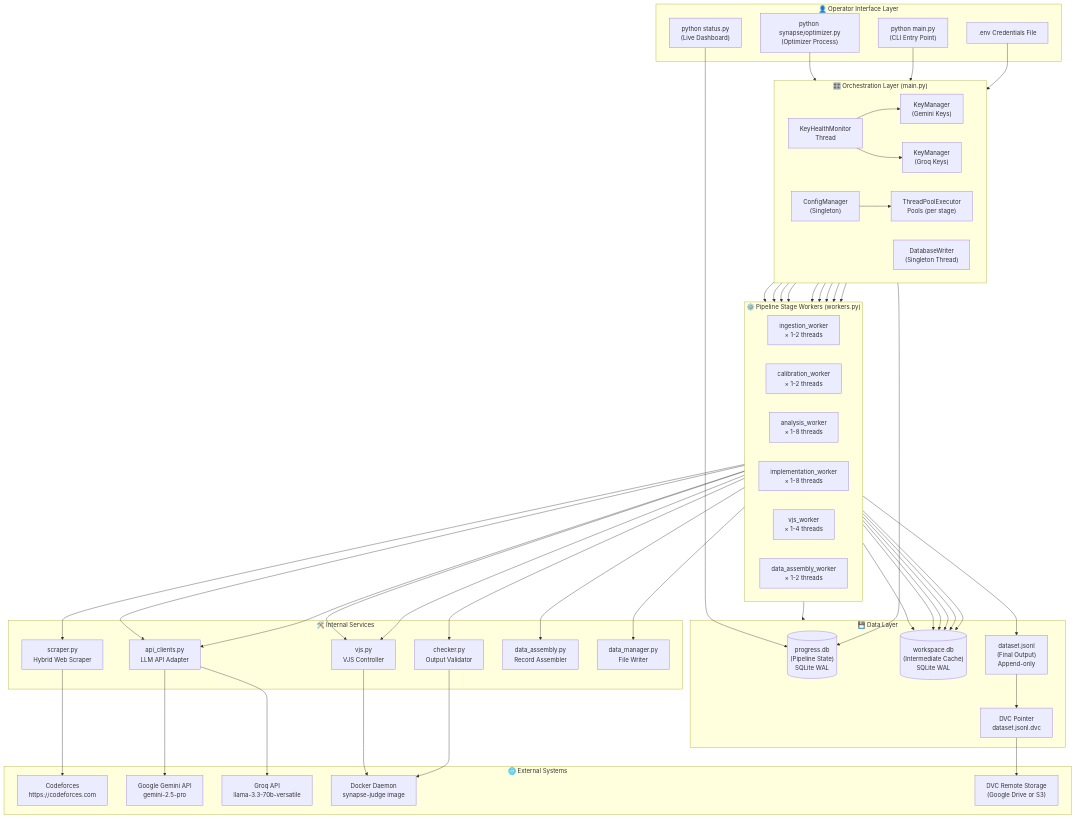
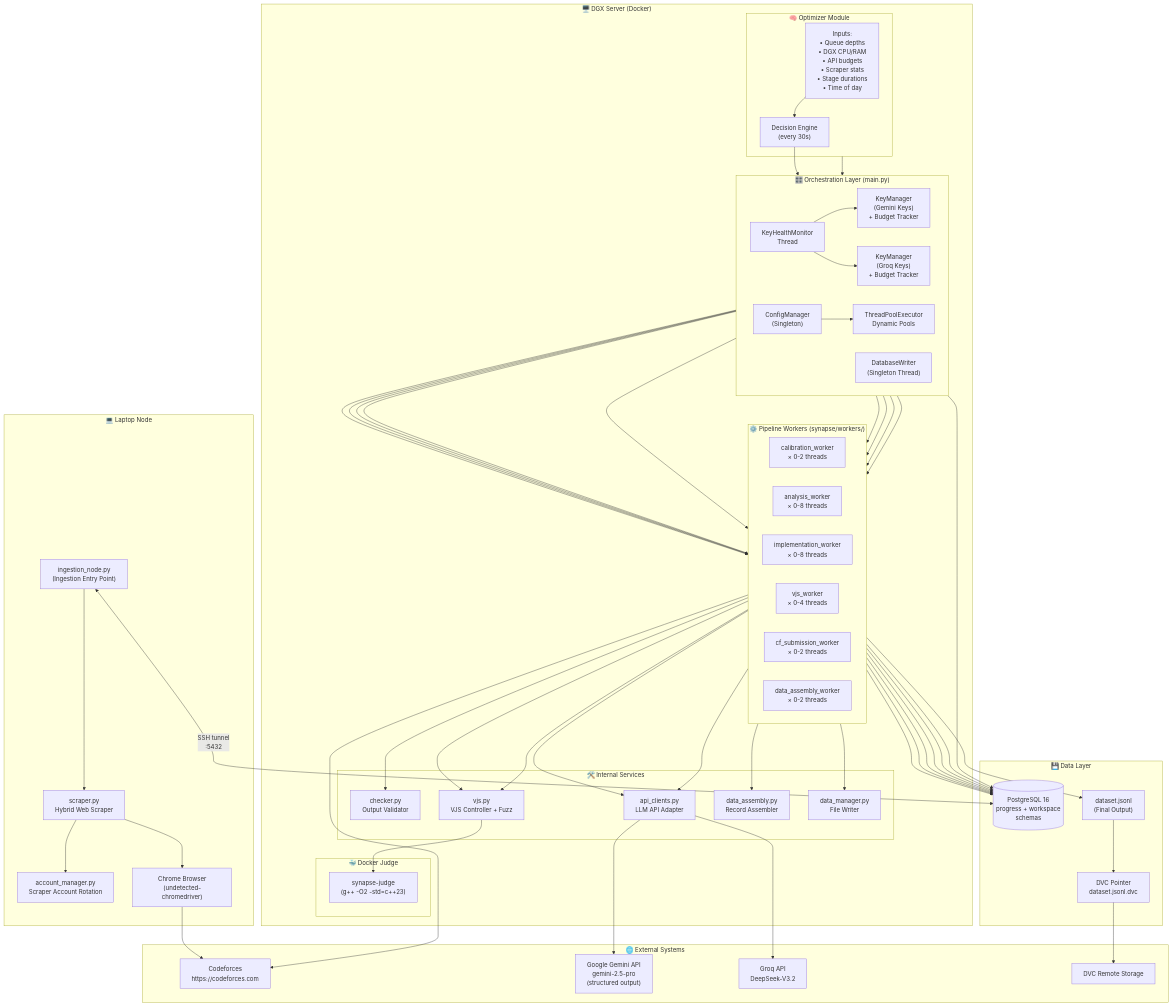
Before and after one commit to Axe-08/Synapse: the first of 3 diagrams in Documents/Diagrams/Mermaid/06_Architecture.md, drawn with Mermaid. The commit also changed other lines of this file and 17 other files, not shown here.

First line of the commit message:
docs: v2 architecture — SRS v2, TestPlan, diagrams, Architecture overview

````diff
--- a/Documents/Diagrams/Mermaid/06_Architecture.md
+++ b/Documents/Diagrams/Mermaid/06_Architecture.md
@@ -7,60 +7,64 @@
 ```mermaid
 graph TB
     %% =====================
-    %% OPERATOR LAYER
+    %% LAPTOP NODE
     %% =====================
-    subgraph OPERATOR_LAYER["👤 Operator Interface Layer"]
-        ENV[".env Credentials File"]
-        CLI_MAIN["python main.py\n(CLI Entry Point)"]
-        CLI_OPT["python synapse/optimizer.py\n(Optimizer Process)"]
-        CLI_STATUS["python status.py\n(Live Dashboard)"]
+    subgraph LAPTOP["💻 Laptop Node"]
+        ING_NODE["ingestion_node.py\n(Ingestion Entry Point)"]
+        SCRAPER["scraper.py\nHybrid Web Scraper"]
+        ACCT_MGR["account_manager.py\nScraper Account Rotation"]
+        CHROME["Chrome Browser\n(undetected-chromedriver)"]
     end
 
     %% =====================
-    %% ORCHESTRATION LAYER
+    %% DGX NODE
     %% =====================
-    subgraph ORCH_LAYER["🎛️ Orchestration Layer (main.py)"]
-        direction LR
-        GEMINI_KM["KeyManager\n(Gemini Keys)"]
-        GROQ_KM["KeyManager\n(Groq Keys)"]
-        KHM["KeyHealthMonitor\nThread"]
-        POOLS["ThreadPoolExecutor\nPools (per stage)"]
-        CFG["ConfigManager\n(Singleton)"]
-        DB_WRITER["DatabaseWriter\n(Singleton Thread)"]
-    end
+    subgraph DGX["🖥️ DGX Server (Docker)"]
 
-    %% =====================
-    %% PIPELINE STAGES
-    %% =====================
-    subgraph PIPELINE_LAYER["⚙️ Pipeline Stage Workers (workers.py)"]
-        direction LR
-        W1["ingestion_worker\n× 1-2 threads"]
-        W2["calibration_worker\n× 1-2 threads"]
-        W3["analysis_worker\n× 1-8 threads"]
-        W4["implementation_worker\n× 1-8 threads"]
-        W5["vjs_worker\n× 1-4 threads"]
-        W6["data_assembly_worker\n× 1-2 threads"]
-    end
+        subgraph ORCH_LAYER["🎛️ Orchestration Layer (main.py)"]
+            direction LR
+            GEMINI_KM["KeyManager\n(Gemini Keys)\n+ Budget Tracker"]
+            GROQ_KM["KeyManager\n(Groq Keys)\n+ Budget Tracker"]
+            KHM["KeyHealthMonitor\nThread"]
+            POOLS["ThreadPoolExecutor\nDynamic Pools"]
+            CFG["ConfigManager\n(Singleton)"]
+            DB_WRITER["DatabaseWriter\n(Singleton Thread)"]
+        end
 
-    %% =====================
-    %% SERVICES LAYER
-    %% =====================
-    subgraph SERVICES_LAYER["🛠️ Internal Services"]
-        SCRAPER["scraper.py\nHybrid Web Scraper"]
-        CHECKER["checker.py\nOutput Validator"]
-        API_CLIENTS["api_clients.py\nLLM API Adapter"]
-        VJS_MOD["vjs.py\nVJS Controller"]
-        DATA_ASM["data_assembly.py\nRecord Assembler"]
-        DATA_MGR["data_manager.py\nFile Writer"]
+        subgraph OPTIMIZER["🧠 Optimizer Module"]
+            OPT_ENGINE["Decision Engine\n(every 30s)"]
+            OPT_INPUTS["Inputs:\n• Queue depths\n• DGX CPU/RAM\n• API budgets\n• Scraper stats\n• Stage durations\n• Time of day"]
+        end
+
+        subgraph PIPELINE_LAYER["⚙️ Pipeline Workers (synapse/workers/)"]
+            direction LR
+            W2["calibration_worker\n× 0-2 threads"]
+            W3["analysis_worker\n× 0-8 threads"]
+            W4["implementation_worker\n× 0-8 threads"]
+            W5["vjs_worker\n× 0-4 threads"]
+            W7["cf_submission_worker\n× 0-2 threads"]
+            W6["data_assembly_worker\n× 0-2 threads"]
+        end
+
+        subgraph SERVICES_LAYER["🛠️ Internal Services"]
+            CHECKER["checker.py\nOutput Validator"]
+            API_CLIENTS["api_clients.py\nLLM API Adapter"]
+            VJS_MOD["vjs.py\nVJS Controller + Fuzz"]
+            DATA_ASM["data_assembly.py\nRecord Assembler"]
+            DATA_MGR["data_manager.py\nFile Writer"]
+        end
+
+        subgraph DOCKER_JUDGE["🐳 Docker Judge"]
+            JUDGE["synapse-judge\n(g++ -O2 -std=c++23)"]
+        end
     end
 
     %% =====================
     %% DATA LAYER
     %% =====================
-    subgraph DATA_LAYER["💾 Data Layer"]
-        PROGRESS_DB[("progress.db\n(Pipeline State)\nSQLite WAL")]
-        WORKSPACE_DB[("workspace.db\n(Intermediate Cache)\nSQLite WAL")]
-        DATASET["dataset.jsonl\n(Final Output)\nAppend-only"]
+    subgraph DATA["💾 Data Layer"]
+        PG[("PostgreSQL 16\nprogress + workspace\nschemas")]
+        DATASET["dataset.jsonl\n(Final Output)"]
         DVC["DVC Pointer\ndataset.jsonl.dvc"]
     end
 
@@ -69,46 +73,43 @@
     %% =====================
     subgraph EXTERNAL["🌐 External Systems"]
         CF["Codeforces\nhttps://codeforces.com"]
-        GEMINI_API["Google Gemini API\ngemini-2.5-pro"]
-        GROQ_API["Groq API\nllama-3.3-70b-versatile"]
-        DOCKER["Docker Daemon\nsynapse-judge image"]
-        DVC_REMOTE["DVC Remote Storage\n(Google Drive or S3)"]
+        GEMINI_API["Google Gemini API\ngemini-2.5-pro\n(structured output)"]
+        GROQ_API["Groq API\nDeepSeek-V3.2"]
+        DVC_REMOTE["DVC Remote Storage"]
     end
 
     %% =====================
     %% CONNECTIONS
     %% =====================
-    CLI_MAIN --> ORCH_LAYER
-    CLI_OPT --> CFG
-    CLI_STATUS --> PROGRESS_DB
+    ING_NODE --> SCRAPER
+    SCRAPER --> ACCT_MGR
+    SCRAPER --> CHROME
+    CHROME --> CF
+    ING_NODE <-->|"SSH tunnel\n:5432"| PG
 
     ORCH_LAYER --> PIPELINE_LAYER
+    OPTIMIZER --> CFG
+    OPT_INPUTS --> OPT_ENGINE
+    OPT_ENGINE --> CFG
+
     GEMINI_KM --> W3
     GROQ_KM --> W4
     KHM --> GEMINI_KM & GROQ_KM
-    POOLS --> W1 & W2 & W3 & W4 & W5 & W6
     CFG --> POOLS
+    POOLS --> W2 & W3 & W4 & W5 & W6 & W7
 
-    W1 --> SCRAPER
     W2 --> VJS_MOD
     W3 --> API_CLIENTS
     W4 --> API_CLIENTS
     W5 --> VJS_MOD & CHECKER
     W6 --> DATA_ASM & DATA_MGR
+    W7 --> CF
 
-    SCRAPER --> CF
     API_CLIENTS --> GEMINI_API & GROQ_API
-    VJS_MOD --> DOCKER
-    CHECKER --> DOCKER
+    VJS_MOD --> JUDGE
 
-    PIPELINE_LAYER --> DATA_LAYER
-    DB_WRITER --> PROGRESS_DB
-    W1 & W2 --> WORKSPACE_DB
-    W3 & W4 --> WORKSPACE_DB
-    W5 --> WORKSPACE_DB
+    DB_WRITER --> PG
+    W2 & W3 & W4 & W5 & W6 & W7 --> PG
     W6 --> DATASET
-    W6 --> WORKSPACE_DB
-
     DATASET --> DVC --> DVC_REMOTE
-    ENV --> ORCH_LAYER
 ```
````
